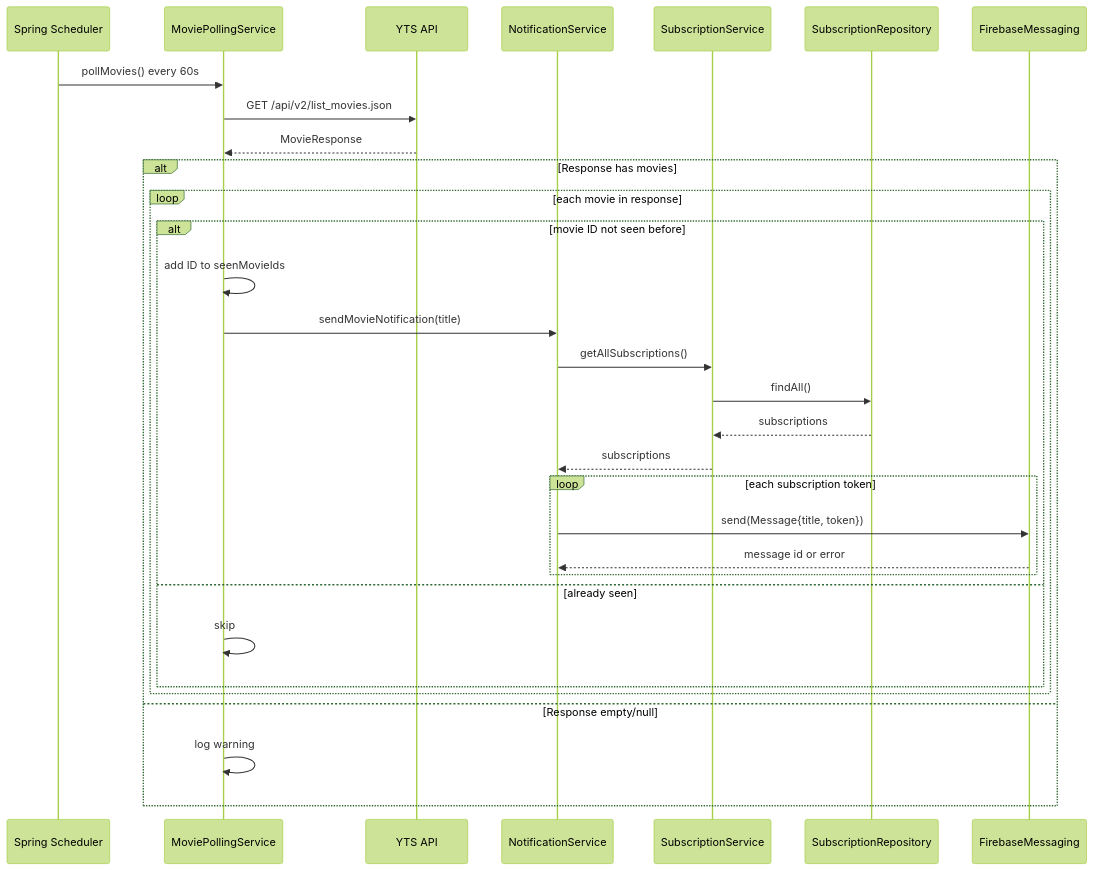
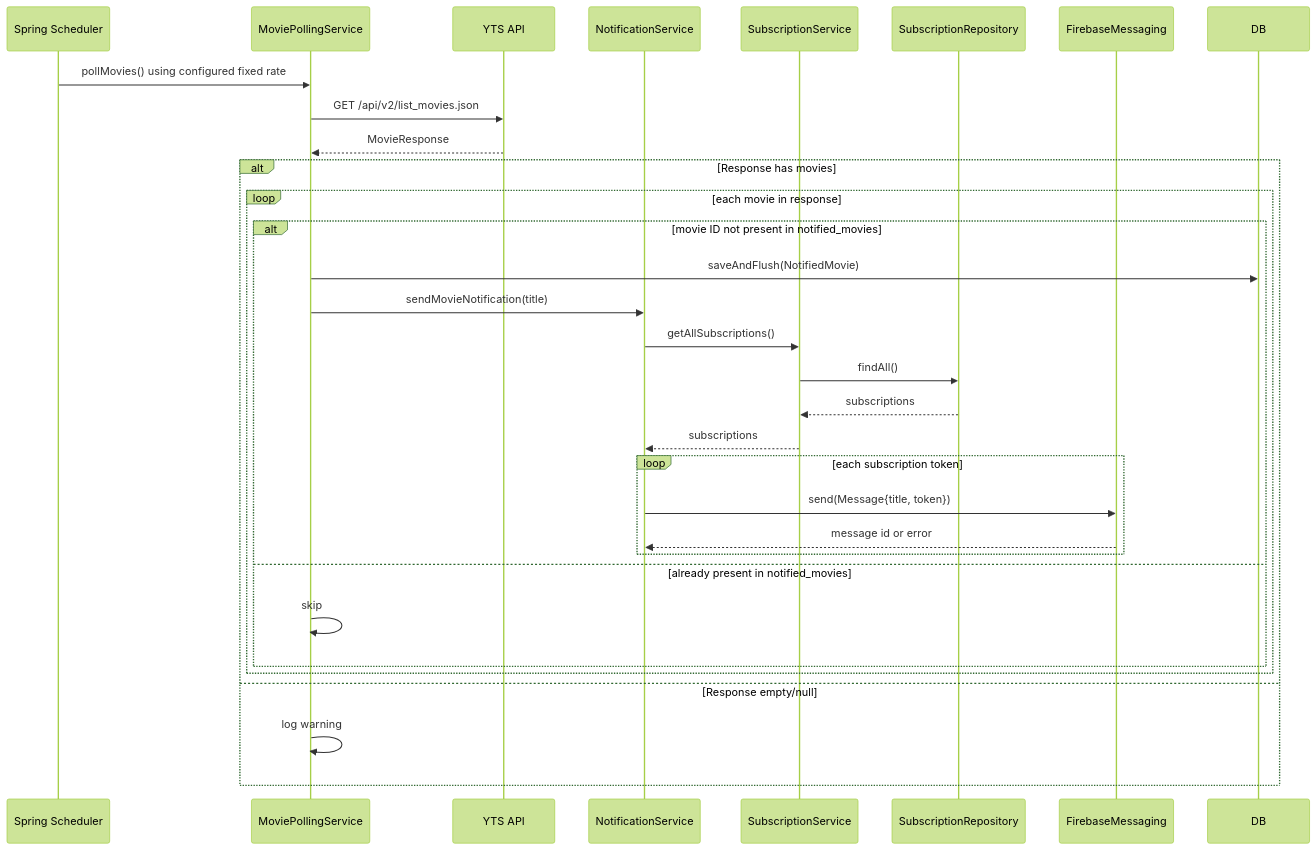
Before and after one commit to martinrevert/fcm-push-springboot-aot-GraalVM-multiarch: the fifth of 5 diagrams in README.md, drawn with Mermaid (forest theme). The commit also changed other lines of this file, not shown here.

Commit message:
docs: update README to clarify movie polling deduplication and configuration details

````diff
--- a/README.md
+++ b/README.md
@@ -121,34 +121,34 @@
 ```mermaid
 sequenceDiagram
     participant Scheduler as Spring Scheduler
     participant Poll as MoviePollingService
     participant YTS as YTS API
     participant Notif as NotificationService
     participant SubSvc as SubscriptionService
     participant Repo as SubscriptionRepository
     participant FCM as FirebaseMessaging
 
-    Scheduler->>Poll: pollMovies() every 60s
+    Scheduler->>Poll: pollMovies() using configured fixed rate
     Poll->>YTS: GET /api/v2/list_movies.json
     YTS-->>Poll: MovieResponse
     alt Response has movies
         loop each movie in response
-            alt movie ID not seen before
-                Poll->>Poll: add ID to seenMovieIds
+            alt movie ID not present in notified_movies
+                Poll->>DB: saveAndFlush(NotifiedMovie)
                 Poll->>Notif: sendMovieNotification(title)
                 Notif->>SubSvc: getAllSubscriptions()
                 SubSvc->>Repo: findAll()
                 Repo-->>SubSvc: subscriptions
                 SubSvc-->>Notif: subscriptions
                 loop each subscription token
                     Notif->>FCM: send(Message{title, token})
                     FCM-->>Notif: message id or error
                 end
-            else already seen
+            else already present in notified_movies
                 Poll->>Poll: skip
             end
         end
     else Response empty/null
         Poll->>Poll: log warning
     end
 ```
````
